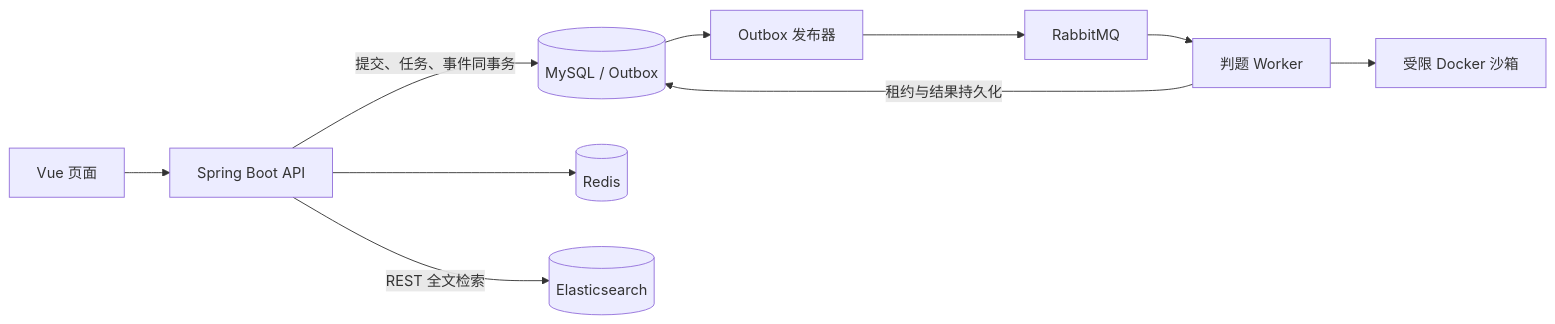
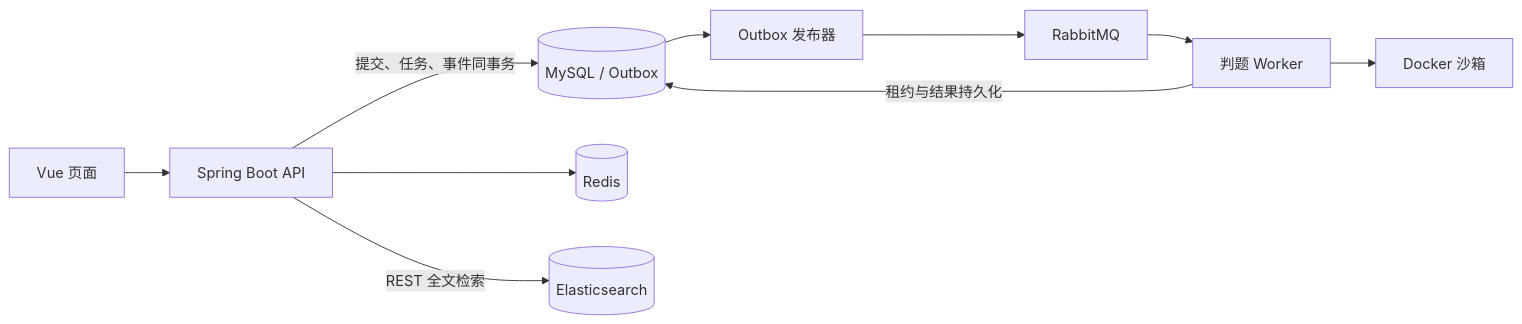
One commit to chiye0384-dot/ForgeOJ changed the diagram in README.md. Above: the diagram before and after it, drawn with Mermaid. The commit also changed other lines of this file and 1124 other files, not shown here.

````diff
--- a/README.md
+++ b/README.md
@@ -9,12 +27,12 @@
 ```mermaid
 flowchart LR
     UI[Vue 页面] --> API[Spring Boot API]
     API -->|提交、任务、事件同事务| DB[(MySQL / Outbox)]
     DB --> Publisher[Outbox 发布器]
     Publisher --> MQ[RabbitMQ]
     MQ --> Worker[判题 Worker]
     Worker -->|租约与结果持久化| DB
-    Worker --> Docker[受限 Docker 沙箱]
+    Worker --> Docker[Docker 沙箱]
     API --> Redis[(Redis)]
     API -->|REST 全文检索| ES[(Elasticsearch)]
 ```
````
